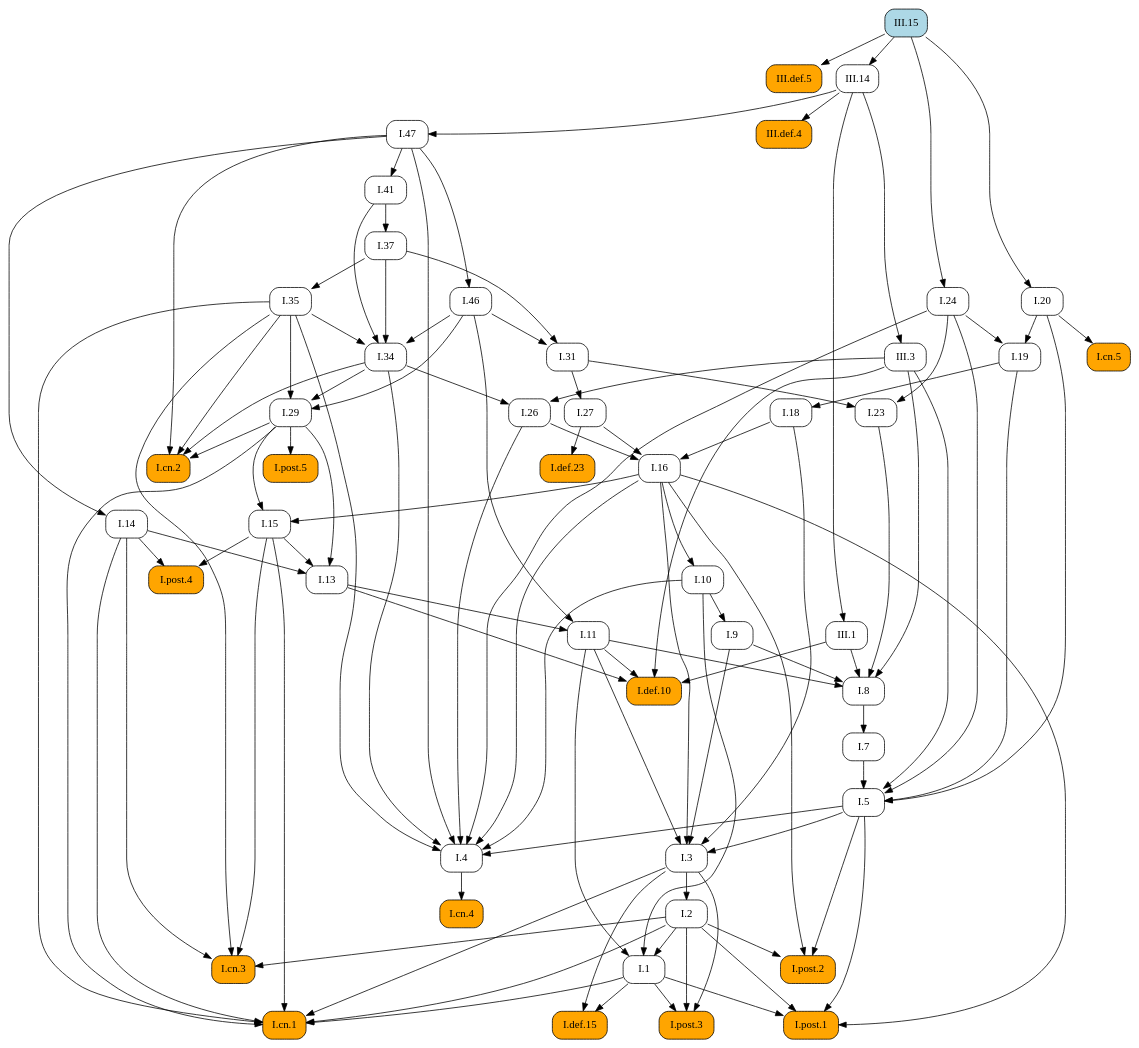
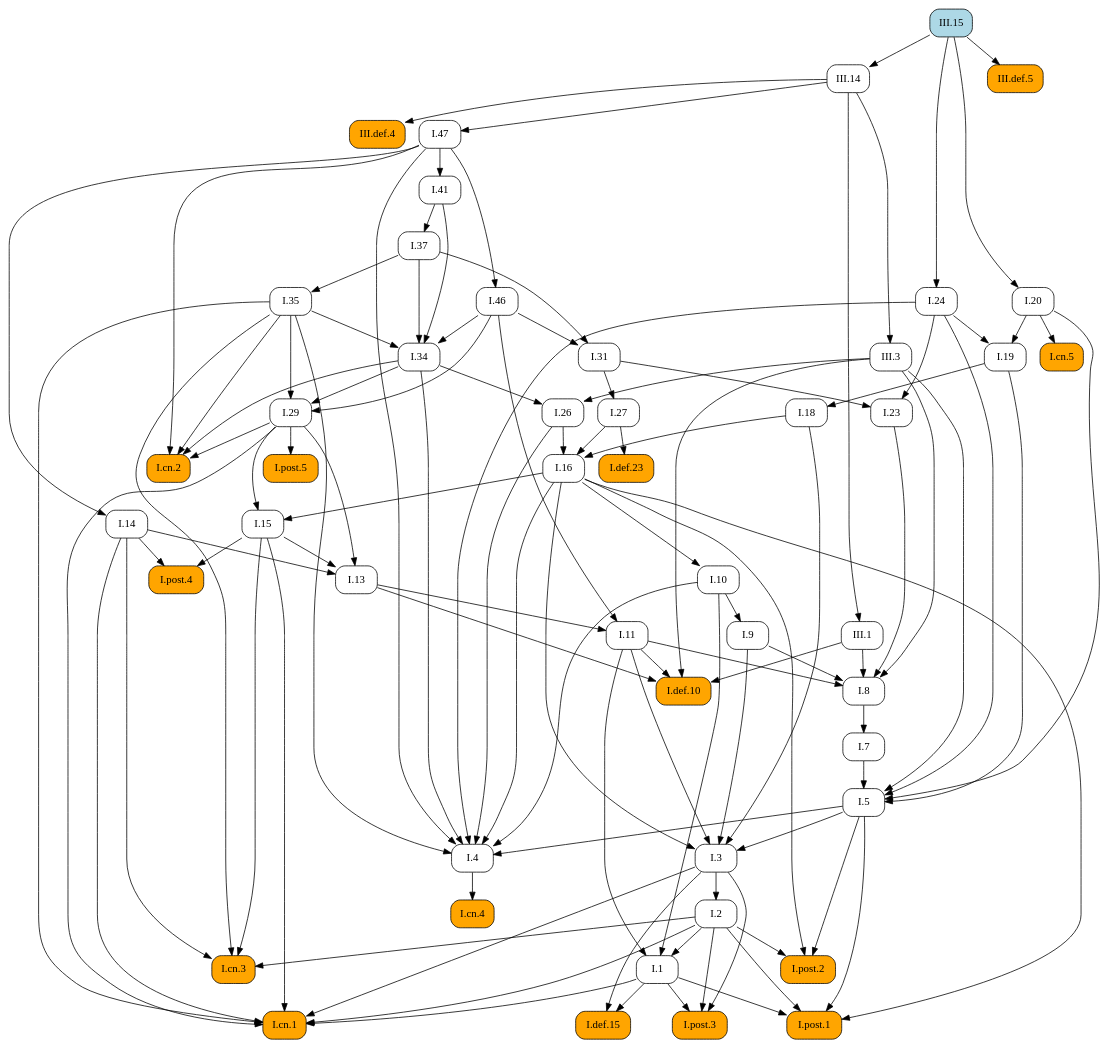
The diagram in docsrc/heath/III/15/index.rst (geometor/elements), drawn with Graphviz before and after one commit. The commit also changed other lines of this file and 484 other files, not shown here.

```diff
--- a/docsrc/heath/III/15/index.rst
+++ b/docsrc/heath/III/15/index.rst
@@ -69,83 +69,94 @@
    digraph {
      rankdir="TB";
      node [shape=box, style=rounded];
+     "I.23" [URL="/heath/I/23/", target="_top"];
+     "I.9" [URL="/heath/I/9/", target="_top"];
+     "I.def.15" [style="rounded,filled", fillcolor=orange, URL="/heath/I/def.15/", target="_top"];
+     "I.47" [URL="/heath/I/47/", target="_top"];
+     "I.post.3" [style="rounded,filled", fillcolor=orange, URL="/heath/I/post.3/", target="_top"];
+     "III.1" [URL="/heath/III/1/", target="_top"];
+     "III.14" [URL="/heath/III/14/", target="_top"];
+     "I.19" [URL="/heath/I/19/", target="_top"];
+     "I.post.1" [style="rounded,filled", fillcolor=orange, URL="/heath/I/post.1/", target="_top"];
+     "III.def.4" [style="rounded,filled", fillcolor=orange, URL="/heath/III/def.4/", target="_top"];
+     "I.20" [URL="/heath/I/20/", target="_top"];
+     "I.31" [URL="/heath/I/31/", target="_top"];
      "I.def.10" [style="rounded,filled", fillcolor=orange, URL="/heath/I/def.10/", target="_top"];
+     "I.18" [URL="/heath/I/18/", target="_top"];
+     "I.27" [URL="/heath/I/27/", target="_top"];
+     "I.14" [URL="/heath/I/14/", target="_top"];
+     "I.24" [URL="/heath/I/24/", target="_top"];
+     "I.34" [URL="/heath/I/34/", target="_top"];
      "I.cn.5" [style="rounded,filled", fillcolor=orange, URL="/heath/I/cn.5/", target="_top"];
+     "I.3" [URL="/heath/I/3/", target="_top"];
+     "I.35" [URL="/heath/I/35/", target="_top"];
+     "I.cn.1" [style="rounded,filled", fillcolor=orange, URL="/heath/I/cn.1/", target="_top"];
+     "I.7" [URL="/heath/I/7/", target="_top"];
+     "I.2" [URL="/heath/I/2/", target="_top"];
+     "I.13" [URL="/heath/I/13/", target="_top"];
      "I.post.4" [style="rounded,filled", fillcolor=orange, URL="/heath/I/post.4/", target="_top"];
+     "I.4" [URL="/heath/I/4/", target="_top"];
+     "I.1" [URL="/heath/I/1/", target="_top"];
+     "I.5" [URL="/heath/I/5/", target="_top"];
+     "I.8" [URL="/heath/I/8/", target="_top"];
+     "I.37" [URL="/heath/I/37/", target="_top"];
+     "III.3" [URL="/heath/III/3/", target="_top"];
+     "III.def.5" [style="rounded,filled", fillcolor=orange, URL="/heath/III/def.5/", target="_top"];
+     "I.cn.3" [style="rounded,filled", fillcolor=orange, URL="/heath/I/cn.3/", target="_top"];
+     "I.29" [URL="/heath/I/29/", target="_top"];
+     "III.15" [style="rounded,filled", fillcolor=lightblue, URL="/heath/III/15/", target="_top"];
+     "I.16" [URL="/heath/I/16/", target="_top"];
+     "I.15" [URL="/heath/I/15/", target="_top"];
+     "I.10" [URL="/heath/I/10/", target="_top"];
      "I.11" [URL="/heath/I/11/", target="_top"];
-     "I.1" [URL="/heath/I/1/", target="_top"];
-     "III.15" [style="rounded,filled", fillcolor=lightblue, URL="/heath/III/15/", target="_top"];
+     "I.def.23" [style="rounded,filled", fillcolor=orange, URL="/heath/I/def.23/", target="_top"];
+     "I.cn.2" [style="rounded,filled", fillcolor=orange, URL="/heath/I/cn.2/", target="_top"];
+     "I.post.5" [style="rounded,filled", fillcolor=orange, URL="/heath/I/post.5/", target="_top"];
+     "I.cn.4" [style="rounded,filled", fillcolor=orange, URL="/heath/I/cn.4/", target="_top"];
+     "I.post.2" [style="rounded,filled", fillcolor=orange, URL="/heath/I/post.2/", target="_top"];
+     "I.41" [URL="/heath/I/41/", target="_top"];
+     "I.46" [URL="/heath/I/46/", target="_top"];
      "I.26" [URL="/heath/I/26/", target="_top"];
-     "I.29" [URL="/heath/I/29/", target="_top"];
-     "I.cn.2" [style="rounded,filled", fillcolor=orange, URL="/heath/I/cn.2/", target="_top"];
-     "I.18" [URL="/heath/I/18/", target="_top"];
-     "I.47" [URL="/heath/I/47/", target="_top"];
-     "I.def.15" [style="rounded,filled", fillcolor=orange, URL="/heath/I/def.15/", target="_top"];
-     "I.post.3" [style="rounded,filled", fillcolor=orange, URL="/heath/I/post.3/", target="_top"];
-     "III.def.5" [style="rounded,filled", fillcolor=orange, URL="/heath/III/def.5/", target="_top"];
-     "I.cn.1" [style="rounded,filled", fillcolor=orange, URL="/heath/I/cn.1/", target="_top"];
-     "I.cn.3" [style="rounded,filled", fillcolor=orange, URL="/heath/I/cn.3/", target="_top"];
-     "I.14" [URL="/heath/I/14/", target="_top"];
-     "III.14" [URL="/heath/III/14/", target="_top"];
-     "I.23" [URL="/heath/I/23/", target="_top"];
-     "I.post.1" [style="rounded,filled", fillcolor=orange, URL="/heath/I/post.1/", target="_top"];
-     "I.35" [URL="/heath/I/35/", target="_top"];
-     "I.41" [URL="/heath/I/41/", target="_top"];
-     "I.27" [URL="/heath/I/27/", target="_top"];
-     "I.46" [URL="/heath/I/46/", target="_top"];
-     "I.7" [URL="/heath/I/7/", target="_top"];
-     "I.34" [URL="/heath/I/34/", target="_top"];
-     "I.20" [URL="/heath/I/20/", target="_top"];
-     "I.24" [URL="/heath/I/24/", target="_top"];
-     "I.3" [URL="/heath/I/3/", target="_top"];
-     "I.37" [URL="/heath/I/37/", target="_top"];
-     "I.2" [URL="/heath/I/2/", target="_top"];
-     "I.4" [URL="/heath/I/4/", target="_top"];
-     "I.def.23" [style="rounded,filled", fillcolor=orange, URL="/heath/I/def.23/", target="_top"];
-     "I.13" [URL="/heath/I/13/", target="_top"];
-     "I.post.2" [style="rounded,filled", fillcolor=orange, URL="/heath/I/post.2/", target="_top"];
-     "I.31" [URL="/heath/I/31/", target="_top"];
-     "I.16" [URL="/heath/I/16/", target="_top"];
-     "I.19" [URL="/heath/I/19/", target="_top"];
-     "III.3" [URL="/heath/III/3/", target="_top"];
-     "I.9" [URL="/heath/I/9/", target="_top"];
-     "III.1" [URL="/heath/III/1/", target="_top"];
-     "I.8" [URL="/heath/I/8/", target="_top"];
-     "I.cn.4" [style="rounded,filled", fillcolor=orange, URL="/heath/I/cn.4/", target="_top"];
-     "III.def.4" [style="rounded,filled", fillcolor=orange, URL="/heath/III/def.4/", target="_top"];
-     "I.15" [URL="/heath/I/15/", target="_top"];
-     "I.post.5" [style="rounded,filled", fillcolor=orange, URL="/heath/I/post.5/", target="_top"];
-     "I.10" [URL="/heath/I/10/", target="_top"];
-     "I.5" [URL="/heath/I/5/", target="_top"];
+     "I.24" -> "I.23";
+     "I.31" -> "I.23";
+     "I.10" -> "I.9";
+     "I.1" -> "I.def.15";
+     "I.3" -> "I.def.15";
+     "III.14" -> "I.47";
+     "I.1" -> "I.post.3";
+     "I.2" -> "I.post.3";
+     "I.3" -> "I.post.3";
+     "III.14" -> "III.1";
+     "III.15" -> "III.14";
+     "I.20" -> "I.19";
+     "I.24" -> "I.19";
+     "I.1" -> "I.post.1";
+     "I.2" -> "I.post.1";
+     "I.5" -> "I.post.1";
+     "I.16" -> "I.post.1";
+     "III.14" -> "III.def.4";
+     "III.15" -> "I.20";
+     "I.37" -> "I.31";
+     "I.46" -> "I.31";
      "I.11" -> "I.def.10";
      "I.13" -> "I.def.10";
      "III.1" -> "I.def.10";
      "III.3" -> "I.def.10";
+     "I.19" -> "I.18";
+     "I.31" -> "I.27";
+     "I.47" -> "I.14";
+     "III.15" -> "I.24";
+     "I.35" -> "I.34";
+     "I.37" -> "I.34";
+     "I.41" -> "I.34";
+     "I.46" -> "I.34";
      "I.20" -> "I.cn.5";
-     "I.14" -> "I.post.4";
-     "I.15" -> "I.post.4";
-     "I.13" -> "I.11";
-     "I.46" -> "I.11";
-     "I.2" -> "I.1";
-     "I.10" -> "I.1";
-     "I.11" -> "I.1";
-     "I.34" -> "I.26";
-     "III.3" -> "I.26";
-     "I.34" -> "I.29";
-     "I.35" -> "I.29";
-     "I.46" -> "I.29";
-     "I.29" -> "I.cn.2";
-     "I.34" -> "I.cn.2";
-     "I.35" -> "I.cn.2";
-     "I.47" -> "I.cn.2";
-     "I.19" -> "I.18";
-     "III.14" -> "I.47";
-     "I.1" -> "I.def.15";
-     "I.3" -> "I.def.15";
-     "I.1" -> "I.post.3";
-     "I.2" -> "I.post.3";
-     "I.3" -> "I.post.3";
-     "III.15" -> "III.def.5";
+     "I.5" -> "I.3";
+     "I.9" -> "I.3";
+     "I.11" -> "I.3";
+     "I.16" -> "I.3";
+     "I.18" -> "I.3";
+     "I.37" -> "I.35";
      "I.1" -> "I.cn.1";
      "I.2" -> "I.cn.1";
      "I.3" -> "I.cn.1";
@@ -153,36 +164,13 @@
      "I.15" -> "I.cn.1";
      "I.29" -> "I.cn.1";
      "I.35" -> "I.cn.1";
-     "I.2" -> "I.cn.3";
-     "I.14" -> "I.cn.3";
-     "I.15" -> "I.cn.3";
-     "I.35" -> "I.cn.3";
-     "I.47" -> "I.14";
-     "III.15" -> "III.14";
-     "I.24" -> "I.23";
-     "I.31" -> "I.23";
-     "I.1" -> "I.post.1";
-     "I.2" -> "I.post.1";
-     "I.5" -> "I.post.1";
-     "I.16" -> "I.post.1";
-     "I.37" -> "I.35";
-     "I.47" -> "I.41";
-     "I.31" -> "I.27";
-     "I.47" -> "I.46";
      "I.8" -> "I.7";
-     "I.35" -> "I.34";
-     "I.37" -> "I.34";
-     "I.41" -> "I.34";
-     "I.46" -> "I.34";
-     "III.15" -> "I.20";
-     "III.15" -> "I.24";
-     "I.5" -> "I.3";
-     "I.9" -> "I.3";
-     "I.11" -> "I.3";
-     "I.16" -> "I.3";
-     "I.18" -> "I.3";
-     "I.41" -> "I.37";
      "I.3" -> "I.2";
+     "I.14" -> "I.13";
+     "I.15" -> "I.13";
+     "I.29" -> "I.13";
+     "I.14" -> "I.post.4";
+     "I.15" -> "I.post.4";
      "I.5" -> "I.4";
      "I.10" -> "I.4";
      "I.16" -> "I.4";
@@ -191,37 +179,49 @@
      "I.34" -> "I.4";
      "I.35" -> "I.4";
      "I.47" -> "I.4";
-     "I.27" -> "I.def.23";
-     "I.14" -> "I.13";
-     "I.15" -> "I.13";
-     "I.29" -> "I.13";
-     "I.2" -> "I.post.2";
-     "I.5" -> "I.post.2";
-     "I.16" -> "I.post.2";
-     "I.37" -> "I.31";
-     "I.46" -> "I.31";
-     "I.18" -> "I.16";
-     "I.26" -> "I.16";
-     "I.27" -> "I.16";
-     "I.20" -> "I.19";
-     "I.24" -> "I.19";
-     "III.14" -> "III.3";
-     "I.10" -> "I.9";
-     "III.14" -> "III.1";
+     "I.2" -> "I.1";
+     "I.10" -> "I.1";
+     "I.11" -> "I.1";
+     "I.7" -> "I.5";
+     "I.19" -> "I.5";
+     "I.20" -> "I.5";
+     "I.24" -> "I.5";
+     "III.3" -> "I.5";
      "I.9" -> "I.8";
      "I.11" -> "I.8";
      "I.23" -> "I.8";
      "III.1" -> "I.8";
      "III.3" -> "I.8";
-     "I.4" -> "I.cn.4";
-     "III.14" -> "III.def.4";
+     "I.41" -> "I.37";
+     "III.14" -> "III.3";
+     "III.15" -> "III.def.5";
+     "I.2" -> "I.cn.3";
+     "I.14" -> "I.cn.3";
+     "I.15" -> "I.cn.3";
+     "I.35" -> "I.cn.3";
+     "I.34" -> "I.29";
+     "I.35" -> "I.29";
+     "I.46" -> "I.29";
+     "I.18" -> "I.16";
+     "I.26" -> "I.16";
+     "I.27" -> "I.16";
      "I.16" -> "I.15";
      "I.29" -> "I.15";
+     "I.16" -> "I.10";
+     "I.13" -> "I.11";
+     "I.46" -> "I.11";
+     "I.27" -> "I.def.23";
+     "I.29" -> "I.cn.2";
+     "I.34" -> "I.cn.2";
+     "I.35" -> "I.cn.2";
+     "I.47" -> "I.cn.2";
      "I.29" -> "I.post.5";
-     "I.16" -> "I.10";
-     "I.7" -> "I.5";
-     "I.19" -> "I.5";
-     "I.20" -> "I.5";
-     "I.24" -> "I.5";
-     "III.3" -> "I.5";
+     "I.4" -> "I.cn.4";
+     "I.2" -> "I.post.2";
+     "I.5" -> "I.post.2";
+     "I.16" -> "I.post.2";
+     "I.47" -> "I.41";
+     "I.47" -> "I.46";
+     "I.34" -> "I.26";
+     "III.3" -> "I.26";
    }
```
